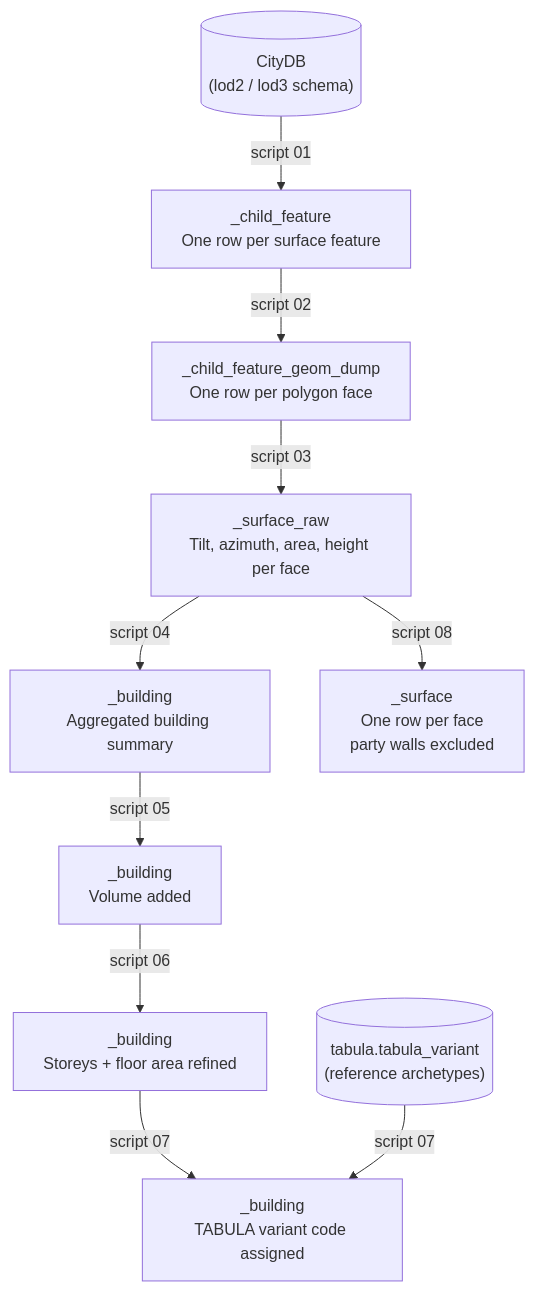
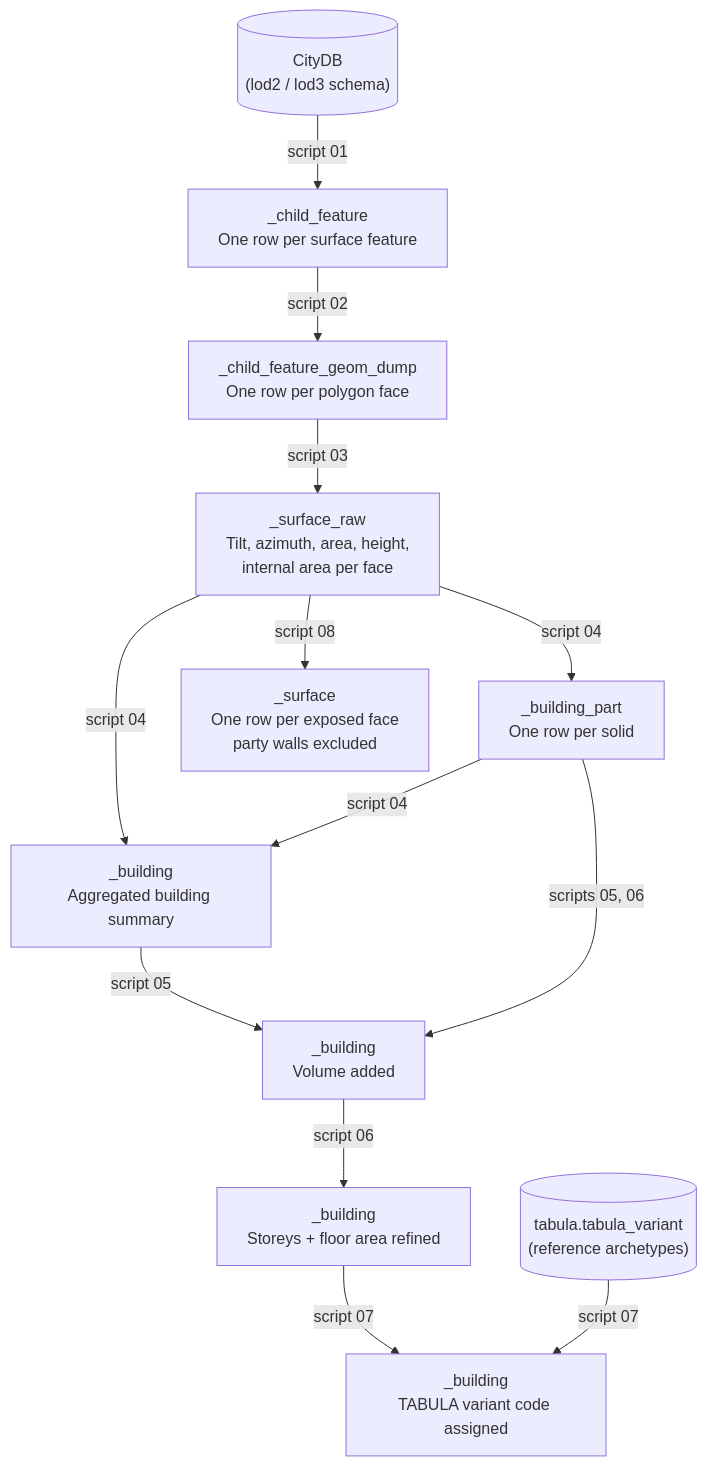
The diagram in docs/code/sql-pipeline/index.md (THD-Spatial-AI/city2tabula), drawn with Mermaid before and after one commit. The commit also changed other lines of this file and 20 other files, not shown here.

````diff
--- a/docs/code/sql-pipeline/index.md
+++ b/docs/code/sql-pipeline/index.md
@@ -30,12 +30,15 @@
 ```mermaid
 flowchart TD
     A[("CityDB<br>(lod2 / lod3 schema)")] -->|script 01| B["_child_feature<br>One row per surface feature"]
     B -->|script 02| C["_child_feature_geom_dump<br>One row per polygon face"]
-    C -->|script 03| D["_surface_raw<br>Tilt, azimuth, area, height per face"]
+    C -->|script 03| D["_surface_raw<br>Tilt, azimuth, area, height,<br>internal area per face"]
+    D -->|script 04| P["_building_part<br>One row per solid"]
     D -->|script 04| E["_building<br>Aggregated building summary"]
+    P -->|script 04| E
     E -->|script 05| F["_building<br>Volume added"]
+    P -->|scripts 05, 06| F
     F -->|script 06| G["_building<br>Storeys + floor area refined"]
     G -->|script 07| H["_building<br>TABULA variant code assigned"]
     I[("tabula.tabula_variant<br>(reference archetypes)")] -->|script 07| H
-    D -->|script 08| J["_surface<br>One row per face<br>party walls excluded"]
+    D -->|script 08| J["_surface<br>One row per exposed face<br>party walls excluded"]
 ```
````
